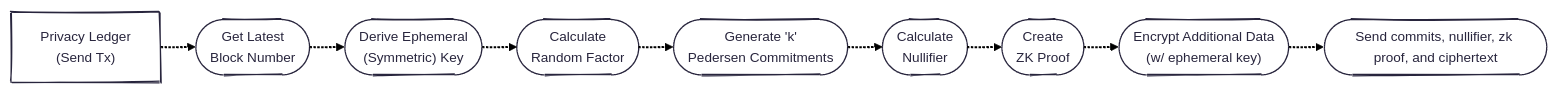
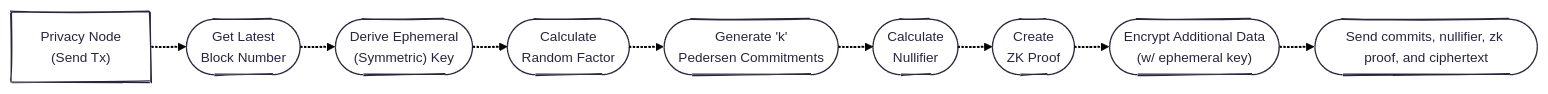
The fourth of 7 diagrams in enygma_payments/README.md (raylsnetwork/Enygma), drawn with Mermaid before and after one commit. The commit also changed other lines of this file, not shown here.

Commit message:
Update README to replace 'Privacy Ledger' with 'Privacy Node'

````diff
--- a/enygma_payments/README.md
+++ b/enygma_payments/README.md
@@ -97,23 +97,23 @@
 ```mermaid
 ---
 config:
   theme: redux
   layout: elk
   look: handDrawn
 ---
 flowchart LR
 
     %% PL (Send)
-    pl_send["Privacy Ledger<br>(Send Tx)"]
+    pl_send["Privacy Node<br>(Send Tx)"]
     getblock_send(["Get Latest<br>Block Number"])
     derivesendkey(["Derive Ephemeral<br>(Symmetric) Key"])
     calcR_send(["Calculate<br>Random Factor"])
     tx_commits(["Generate 'k'<br>Pedersen Commitments"])
     nullifier(["Calculate<br>Nullifier"])
     zk_proof(["Create<br>ZK Proof"])
     encrypt_ad(["Encrypt Additional Data<br>(w/ ephemeral key)"])
     send_tx(["Send commits, nullifier, zk proof, and ciphertext"])
 
     pl_send -.-> getblock_send -.-> derivesendkey -.-> calcR_send -.-> tx_commits -.-> nullifier -.-> zk_proof -.-> encrypt_ad -.-> send_tx
 
 ```
````
